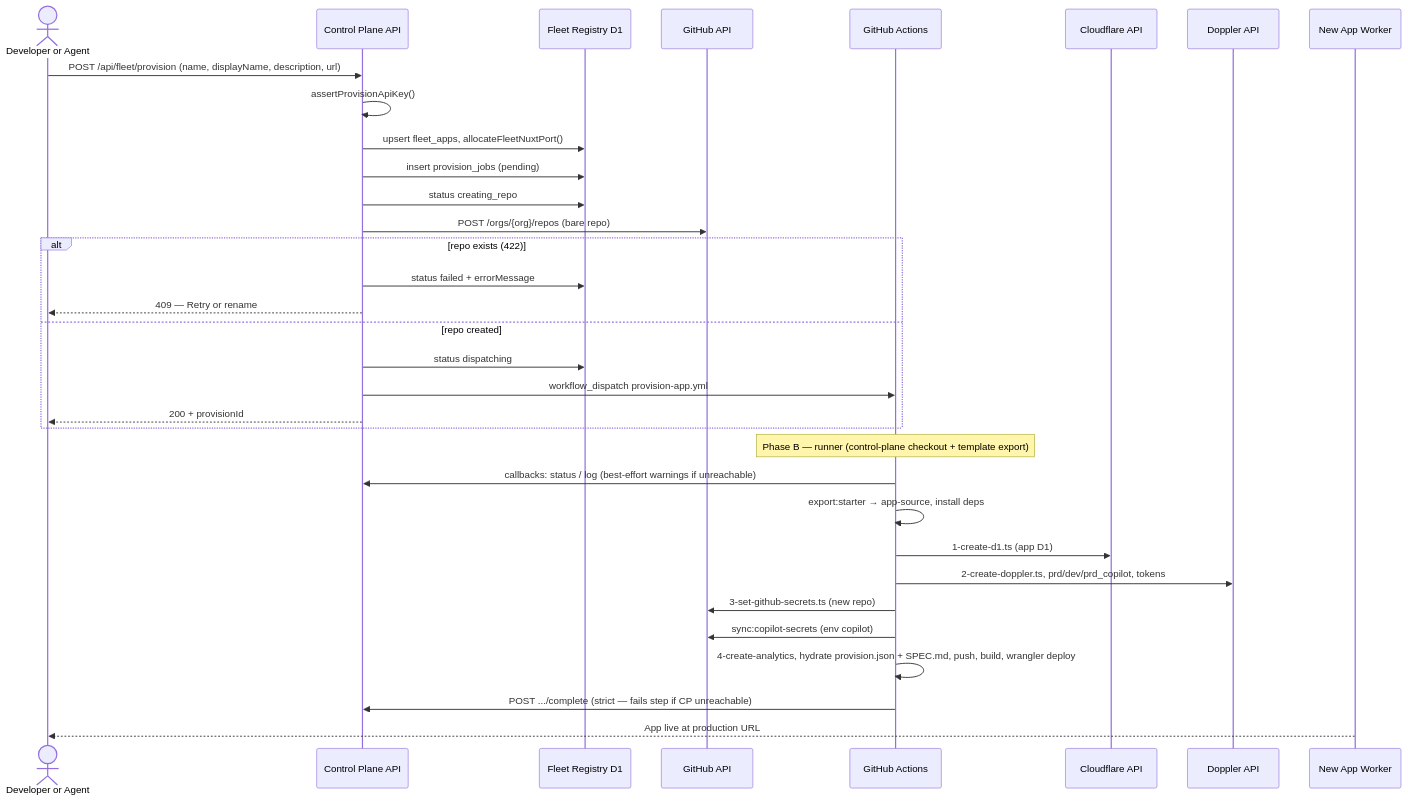
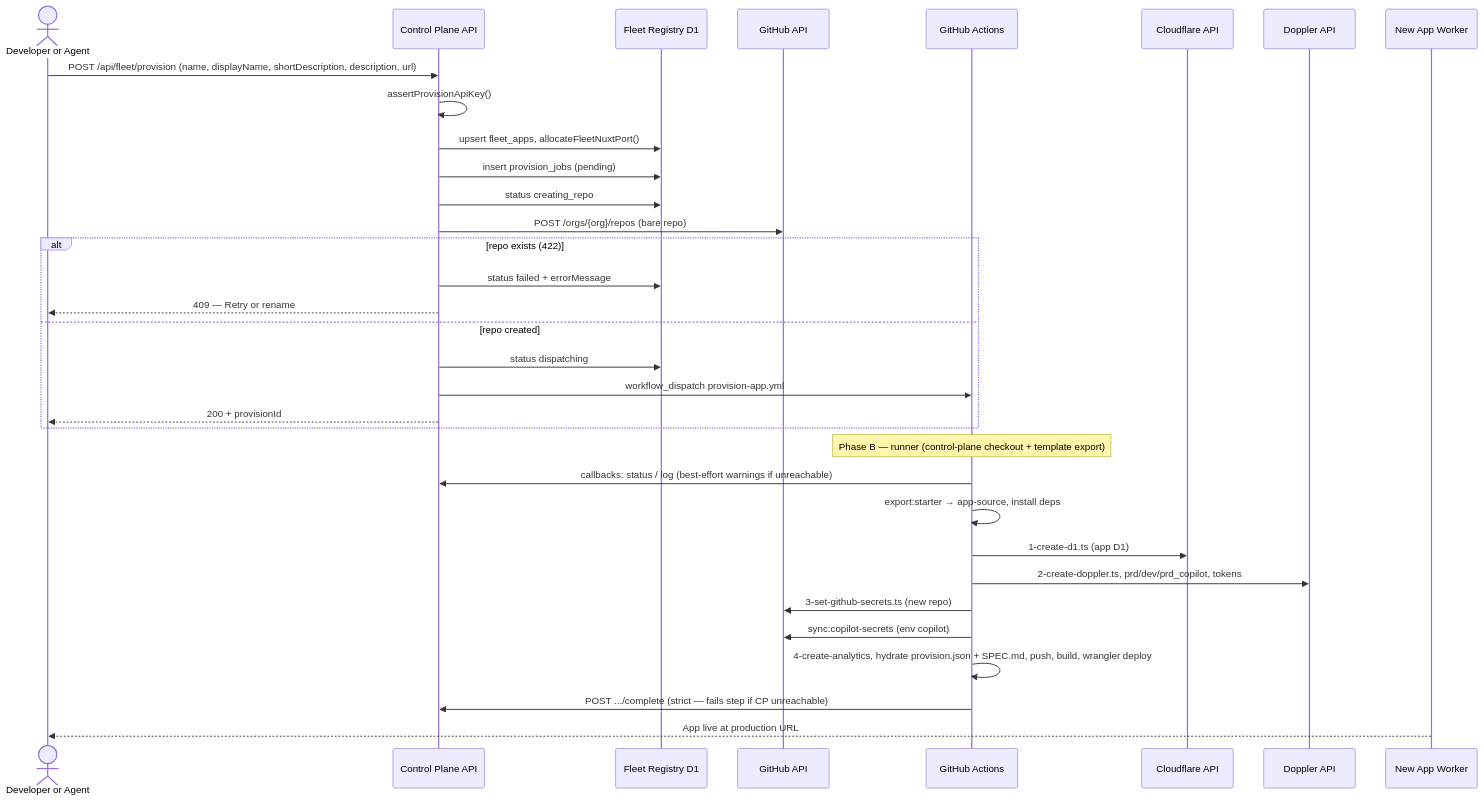
Before and after one commit to narduk-enterprises/control-plane: the first of 3 diagrams in docs/provisioning-flow.md, drawn with Mermaid. The commit also changed other lines of this file and 10 other files, not shown here.

````diff
--- a/docs/provisioning-flow.md
+++ b/docs/provisioning-flow.md
@@ -48,40 +48,40 @@
 ```mermaid
 sequenceDiagram
     actor Dev as Developer or Agent
     participant CP as Control Plane API
     participant D1 as Fleet Registry D1
     participant GH as GitHub API
     participant GHA as GitHub Actions
     participant CF as Cloudflare API
     participant Dopp as Doppler API
     participant App as New App Worker
 
-    Dev->>CP: POST /api/fleet/provision (name, displayName, description, url)
+    Dev->>CP: POST /api/fleet/provision (name, displayName, shortDescription, description, url)
     CP->>CP: assertProvisionApiKey()
 
     CP->>D1: upsert fleet_apps, allocateFleetNuxtPort()
     CP->>D1: insert provision_jobs (pending)
     CP->>D1: status creating_repo
     CP->>GH: POST /orgs/{org}/repos (bare repo)
     alt repo exists (422)
       CP->>D1: status failed + errorMessage
       CP-->>Dev: 409 — Retry or rename
     else repo created
       CP->>D1: status dispatching
       CP->>GHA: workflow_dispatch provision-app.yml
       CP-->>Dev: 200 + provisionId
     end
 
     Note over GHA: Phase B — runner (control-plane checkout + template export)
 
     GHA->>CP: callbacks: status / log (best-effort warnings if unreachable)
     GHA->>GHA: export:starter → app-source, install deps
     GHA->>CF: 1-create-d1.ts (app D1)
     GHA->>Dopp: 2-create-doppler.ts, prd/dev/prd_copilot, tokens
     GHA->>GH: 3-set-github-secrets.ts (new repo)
     GHA->>GH: sync:copilot-secrets (env copilot)
     GHA->>GHA: 4-create-analytics, hydrate provision.json + SPEC.md, push, build, wrangler deploy
     GHA->>CP: POST .../complete (strict — fails step if CP unreachable)
 
     App-->>Dev: App live at production URL
 ```
````
